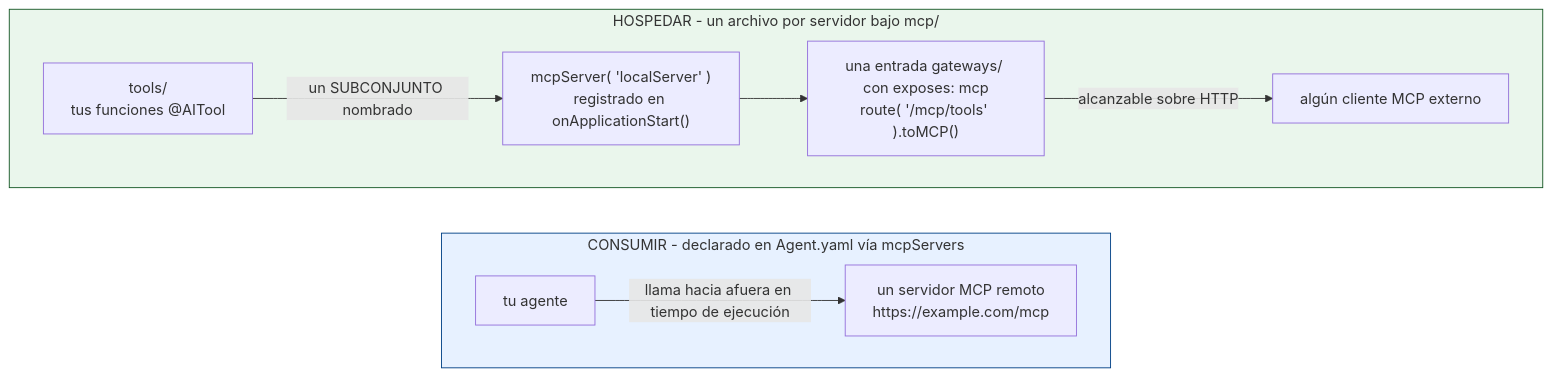
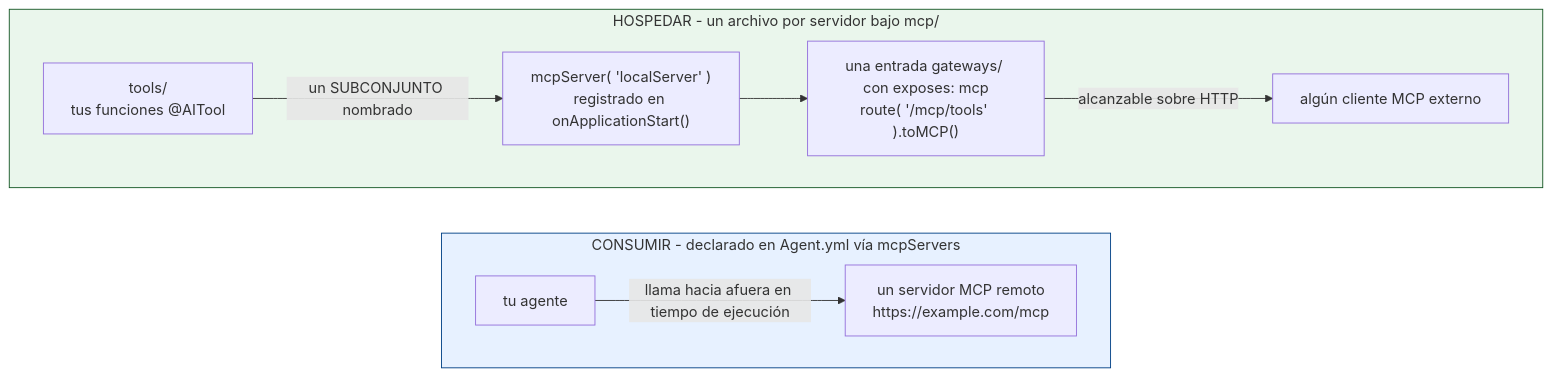
One commit to ortus-boxlang/bx-agents changed the diagram in docs/versions/1.0.x/i18n/es/conventions/mcp.md. Above: the diagram before and after it, drawn with Mermaid. The commit also changed other lines of this file and 401 other files, not shown here.

First line of the commit message:
Rename Agent.yaml, bxAgents.yml and settings.yml to Agent.yml

````diff
--- a/docs/versions/1.0.x/i18n/es/conventions/mcp.md
+++ b/docs/versions/1.0.x/i18n/es/conventions/mcp.md
@@ -13,17 +13,17 @@
 ```mermaid
 flowchart LR
-    subgraph consume["CONSUMIR - declarado en Agent.yaml vía mcpServers"]
+    subgraph consume["CONSUMIR - declarado en Agent.yml vía mcpServers"]
         direction LR
         AG["tu agente"] -->|"llama hacia afuera en tiempo de ejecución"| RM["un servidor MCP remoto<br/>https://example.com/mcp"]
     end
 
     subgraph host["HOSPEDAR - un archivo por servidor bajo mcp/"]
         direction LR
         TL["tools/<br/>tus funciones @AITool"] -->|"un SUBCONJUNTO nombrado"| MS["mcpServer( 'localServer' )<br/>registrado en onApplicationStart()"]
         MS --> GW["una entrada gateways/ con exposes: mcp<br/>route( '/mcp/tools' ).toMCP()"]
         GW -->|"alcanzable sobre HTTP"| OC["algún cliente MCP externo"]
     end
 
     style consume fill:#e7f1ff,stroke:#004085
     style host fill:#eaf6ec,stroke:#155724
 ```
````
